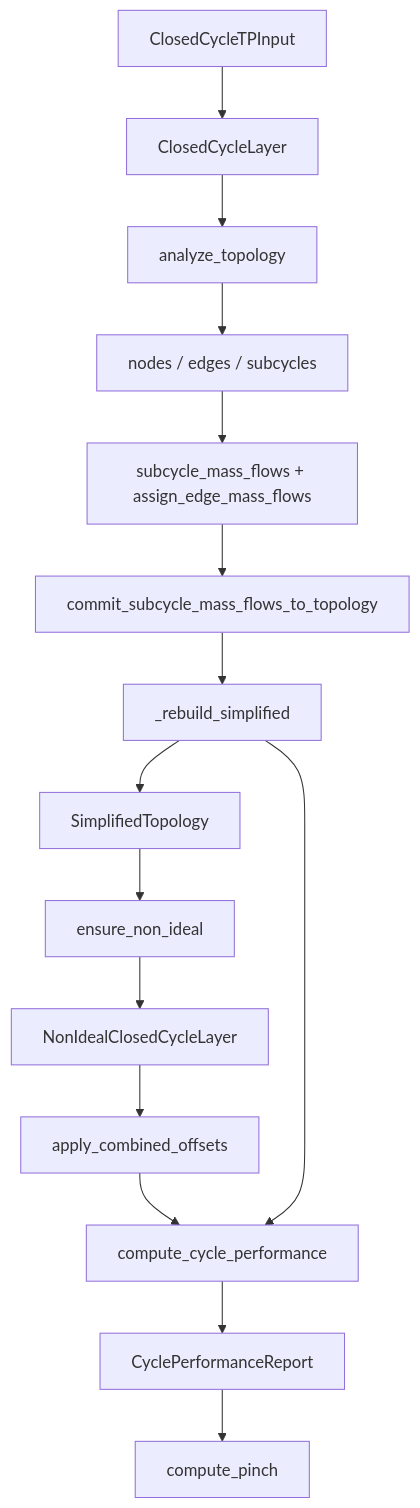
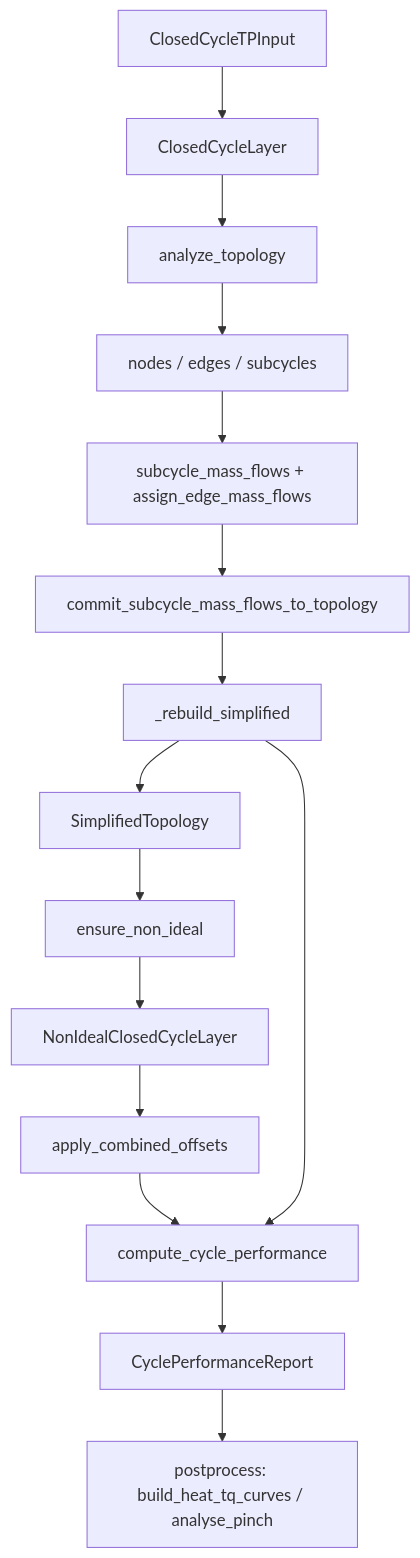
Before and after one commit to AkiVIVY/CyGES: the diagram in docs/architecture.md, drawn with Mermaid. The commit also changed other lines of this file and 12 other files, not shown here.

First line of the commit message:
重构：T-Q 迁至 postprocess、mass_flow 边界化、EnthalpyLookup 多工质签名、PinchResult 阈值输出

````diff
--- a/docs/architecture.md
+++ b/docs/architecture.md
@@ -11,17 +11,17 @@
 ```mermaid
 flowchart TD
     inp[ClosedCycleTPInput] --> layer[ClosedCycleLayer]
     layer --> analyze[analyze_topology]
     analyze --> topo[nodes / edges / subcycles]
     topo --> mf[subcycle_mass_flows + assign_edge_mass_flows]
     mf --> commit[commit_subcycle_mass_flows_to_topology]
     commit --> simp[_rebuild_simplified]
     simp --> simplified[SimplifiedTopology]
     simplified --> ensure[ensure_non_ideal]
     ensure --> ni[NonIdealClosedCycleLayer]
     ni --> off[apply_combined_offsets]
     off --> perf[compute_cycle_performance]
     simp --> perf
     perf --> report[CyclePerformanceReport]
-    report --> pinch[compute_pinch]
+    report --> post[postprocess: build_heat_tq_curves / analyse_pinch]
 ```
````
